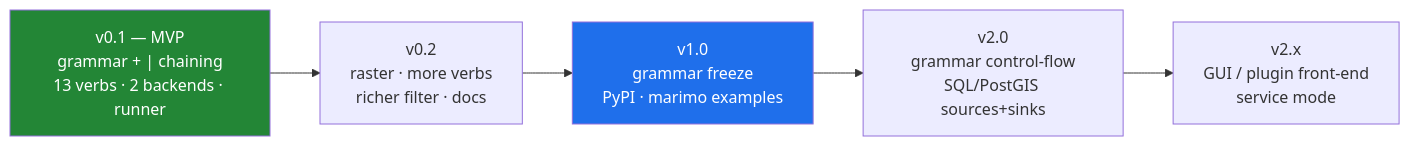
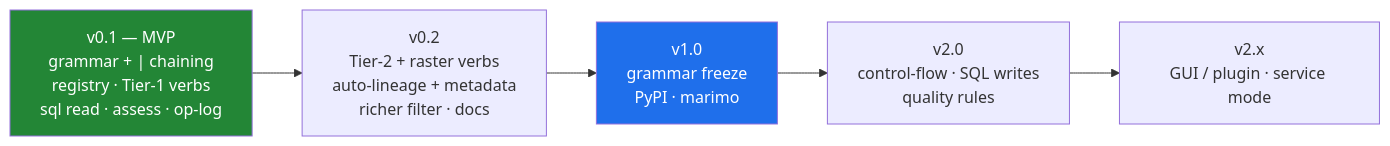
The diagram in planning/04-roadmap.md (johnzastrow/niva), drawn with Mermaid before and after one commit. The commit also changed other lines of this file and 2 other files, not shown here.

First line of the commit message:
docs(planning): rework roadmap, reconciled across the planning set

````diff
--- a/planning/04-roadmap.md
+++ b/planning/04-roadmap.md
@@ -5,11 +8,11 @@
 ```mermaid
 flowchart LR
-    V01["v0.1 — MVP<br/>grammar + | chaining<br/>13 verbs · 2 backends · runner"]:::core
-    V02["v0.2<br/>raster · more verbs<br/>richer filter · docs"]
-    V10["v1.0<br/>grammar freeze<br/>PyPI · marimo examples"]:::rel
-    V20["v2.0<br/>grammar control-flow<br/>SQL/PostGIS sources+sinks"]
-    V2X["v2.x<br/>GUI / plugin front-end<br/>service mode"]
+    V01["v0.1 — MVP<br/>grammar + | chaining<br/>registry · Tier-1 verbs<br/>sql read · assess · op-log"]:::core
+    V02["v0.2<br/>Tier-2 + raster verbs<br/>auto-lineage + metadata<br/>richer filter · docs"]
+    V10["v1.0<br/>grammar freeze<br/>PyPI · marimo"]:::rel
+    V20["v2.0<br/>control-flow · SQL writes<br/>quality rules"]
+    V2X["v2.x<br/>GUI / plugin · service mode"]
     V01 --> V02 --> V10 --> V20 --> V2X
     classDef core fill:#238636,color:#fff
     classDef rel fill:#1f6feb,color:#fff
 ```
````
